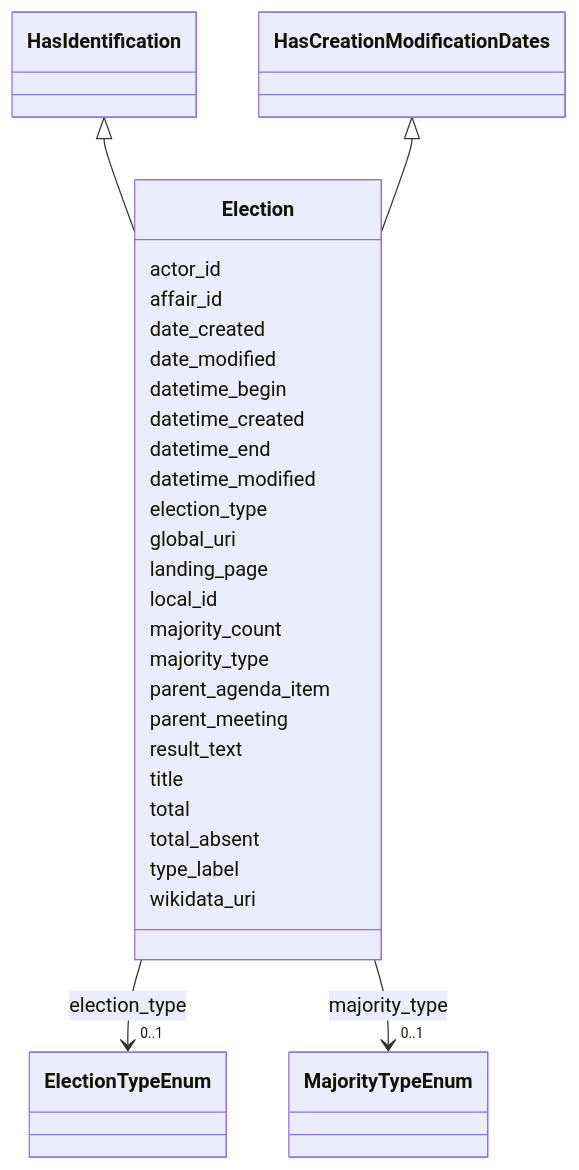
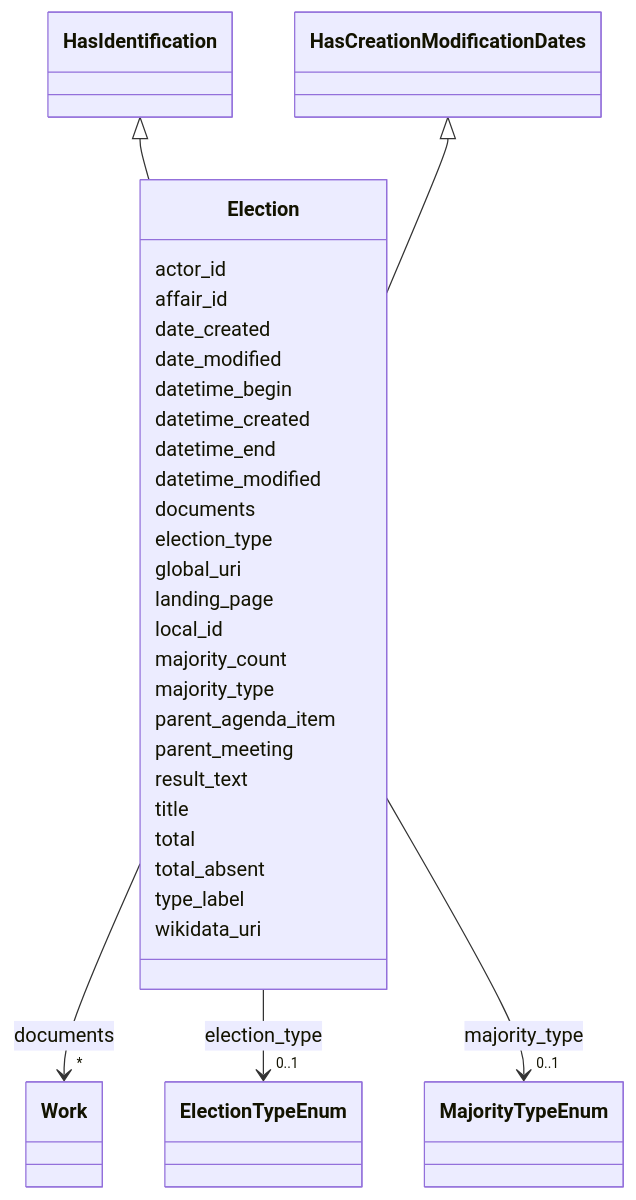
One commit to swiss/political-affairs-ech-group changed the diagram in ech-0293_operations/output/docs/Election.md. Above: the diagram before and after it, drawn with Mermaid. The commit also changed other lines of this file and 87 other files, not shown here.

````diff
--- a/ech-0293_operations/output/docs/Election.md
+++ b/ech-0293_operations/output/docs/Election.md
@@ -22,73 +22,84 @@
 ```mermaid
  classDiagram
     class Election
     click Election href "../Election/"
       HasIdentification <|-- Election
         click HasIdentification href "../HasIdentification/"
       HasCreationModificationDates <|-- Election
         click HasCreationModificationDates href "../HasCreationModificationDates/"
       
       Election : actor_id
         
       Election : affair_id
         
       Election : date_created
         
       Election : date_modified
         
       Election : datetime_begin
         
       Election : datetime_created
         
       Election : datetime_end
         
       Election : datetime_modified
+        
+      Election : documents
+        
+          
+    
+        
+        
+        Election --> "*" Work : documents
+        click Work href "../Work/"
+    
+
         
       Election : election_type
         
           
     
         
         
         Election --> "0..1" ElectionTypeEnum : election_type
         click ElectionTypeEnum href "../ElectionTypeEnum/"
     
 
         
       Election : global_uri
         
       Election : landing_page
         
       Election : local_id
         
       Election : majority_count
         
       Election : majority_type
         
           
     
         
         
         Election --> "0..1" MajorityTypeEnum : majority_type
         click MajorityTypeEnum href "../MajorityTypeEnum/"
     
 
         
       Election : parent_agenda_item
         
       Election : parent_meeting
         
       Election : result_text
         
       Election : title
         
       Election : total
         
       Election : total_absent
         
       Election : type_label
         
       Election : wikidata_uri
         
       
 ```
````
